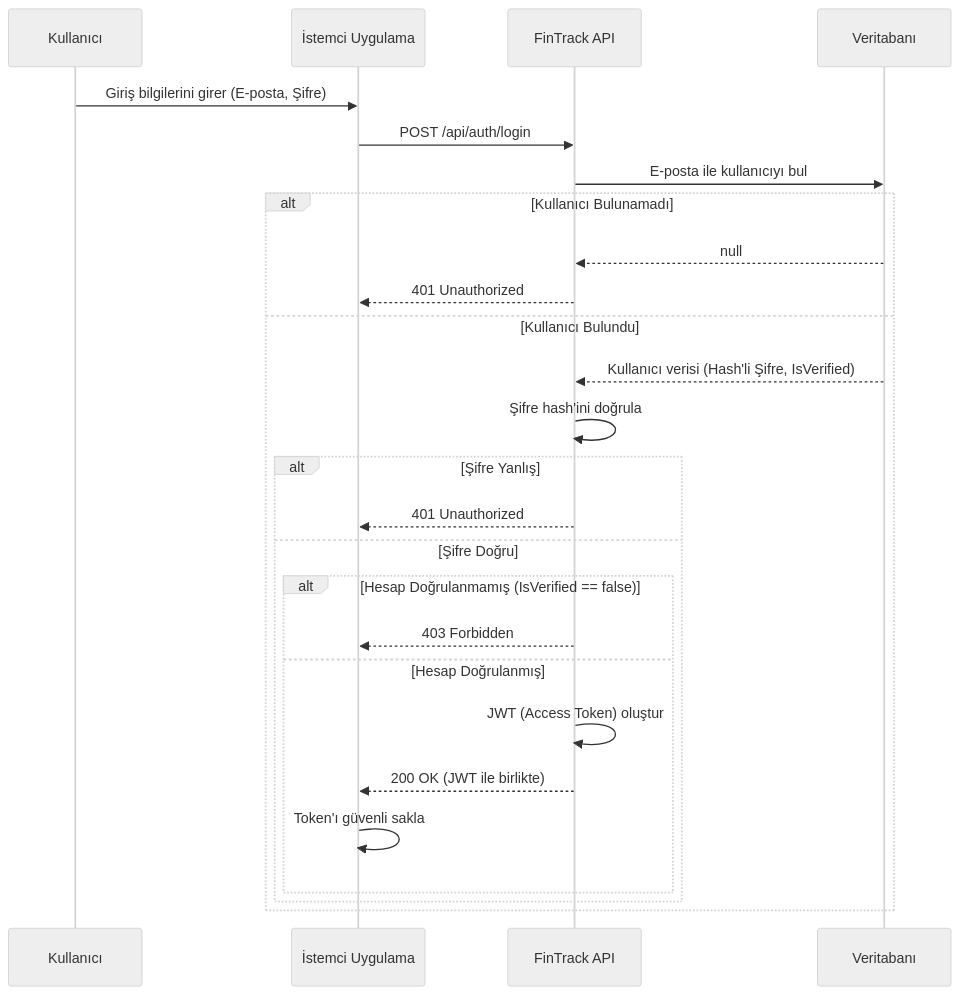
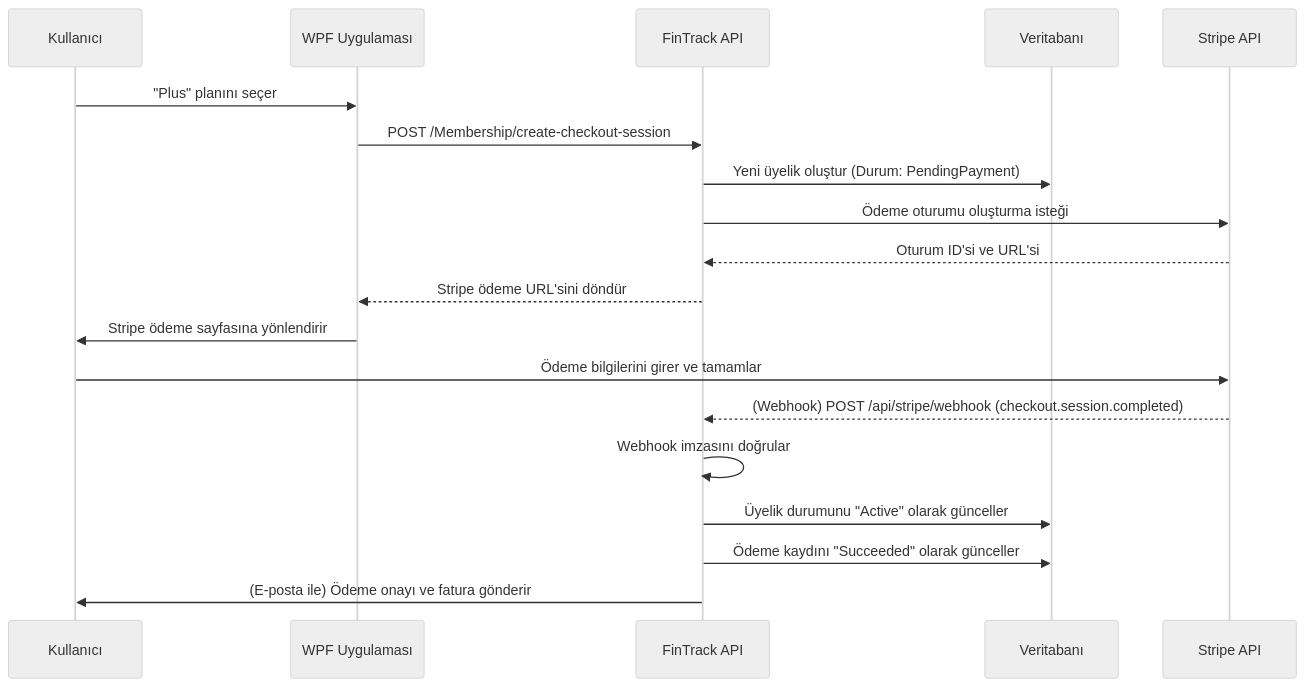
The fourth of 4 diagrams in docs/SystemArchitecture.md (EnesEfeTokta/FinTrackWebApi), drawn with Mermaid (neutral theme) before and after one commit. The commit also changed other lines of this file and 32 other files, not shown here.

````diff
--- a/docs/SystemArchitecture.md
+++ b/docs/SystemArchitecture.md
@@ -131,30 +190,24 @@
 ```mermaid
 sequenceDiagram
     participant User as Kullanıcı
-    participant ClientApp as İstemci Uygulama
-    participant FinTrackAPI as FinTrack API
-    participant Database as Veritabanı
+    participant ClientApp as WPF Uygulaması
+    participant API as FinTrack API
+    participant DB as Veritabanı
+    participant Stripe as Stripe API
 
-    User->>ClientApp: Giriş bilgilerini girer (E-posta, Şifre)
-    ClientApp->>FinTrackAPI: POST /api/auth/login
+    User->>ClientApp: "Plus" planını seçer
+    ClientApp->>API: POST /Membership/create-checkout-session
+    API->>DB: Yeni üyelik oluştur (Durum: PendingPayment)
+    API->>Stripe: Ödeme oturumu oluşturma isteği
+    Stripe-->>API: Oturum ID'si ve URL'si
+    API-->>ClientApp: Stripe ödeme URL'sini döndür
 
-    FinTrackAPI->>Database: E-posta ile kullanıcıyı bul
-    alt Kullanıcı Bulunamadı
-        Database-->>FinTrackAPI: null
-        FinTrackAPI-->>ClientApp: 401 Unauthorized
-    else Kullanıcı Bulundu
-        Database-->>FinTrackAPI: Kullanıcı verisi (Hash'li Şifre, IsVerified)
-        FinTrackAPI->>FinTrackAPI: Şifre hash'ini doğrula
-        alt Şifre Yanlış
-            FinTrackAPI-->>ClientApp: 401 Unauthorized
-        else Şifre Doğru
-            alt Hesap Doğrulanmamış (IsVerified == false)
-                FinTrackAPI-->>ClientApp: 403 Forbidden
-            else Hesap Doğrulanmış
-                FinTrackAPI->>FinTrackAPI: JWT (Access Token) oluştur
-                FinTrackAPI-->>ClientApp: 200 OK (JWT ile birlikte)
-                ClientApp->>ClientApp: Token'ı güvenli sakla
-            end
-        end
-    end
+    ClientApp->>User: Stripe ödeme sayfasına yönlendirir
+    User->>Stripe: Ödeme bilgilerini girer ve tamamlar
+    
+    Stripe-->>API: (Webhook) POST /api/stripe/webhook (checkout.session.completed)
+    API->>API: Webhook imzasını doğrular
+    API->>DB: Üyelik durumunu "Active" olarak günceller
+    API->>DB: Ödeme kaydını "Succeeded" olarak günceller
+    API->>User: (E-posta ile) Ödeme onayı ve fatura gönderir
 ```
````
